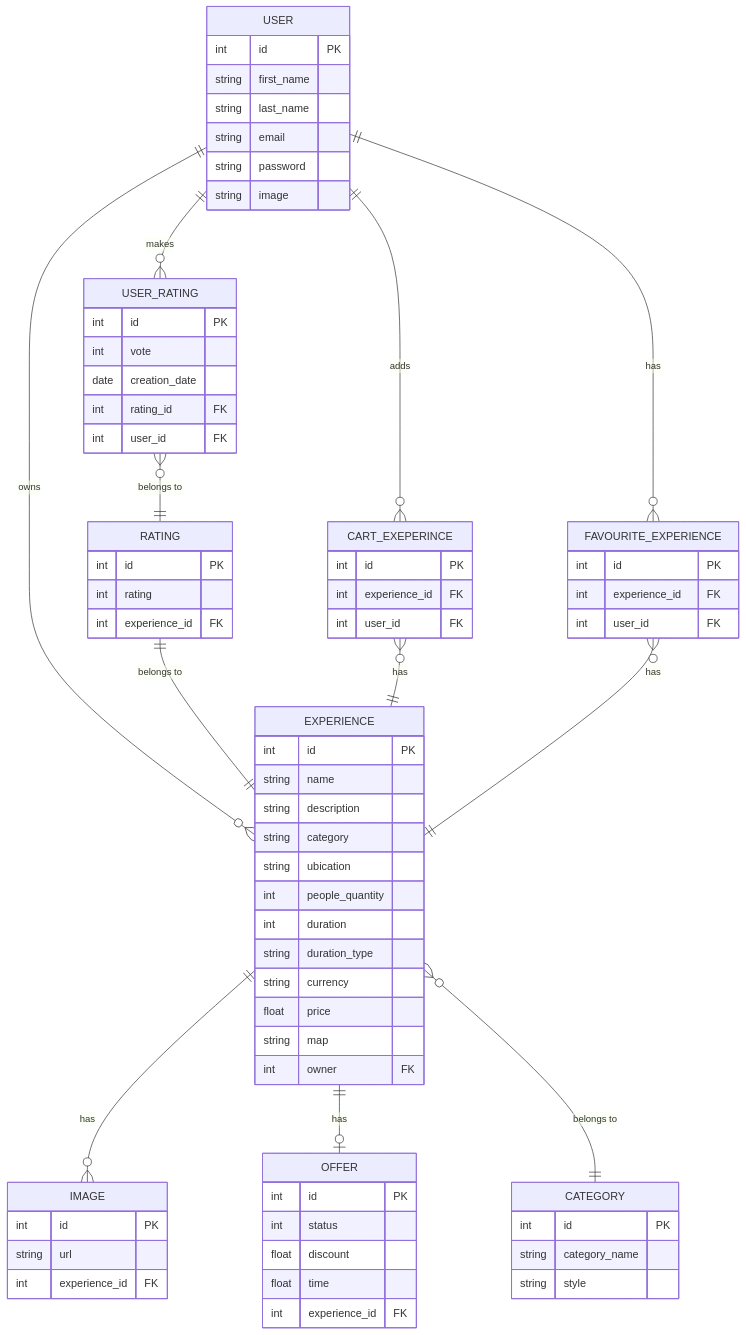
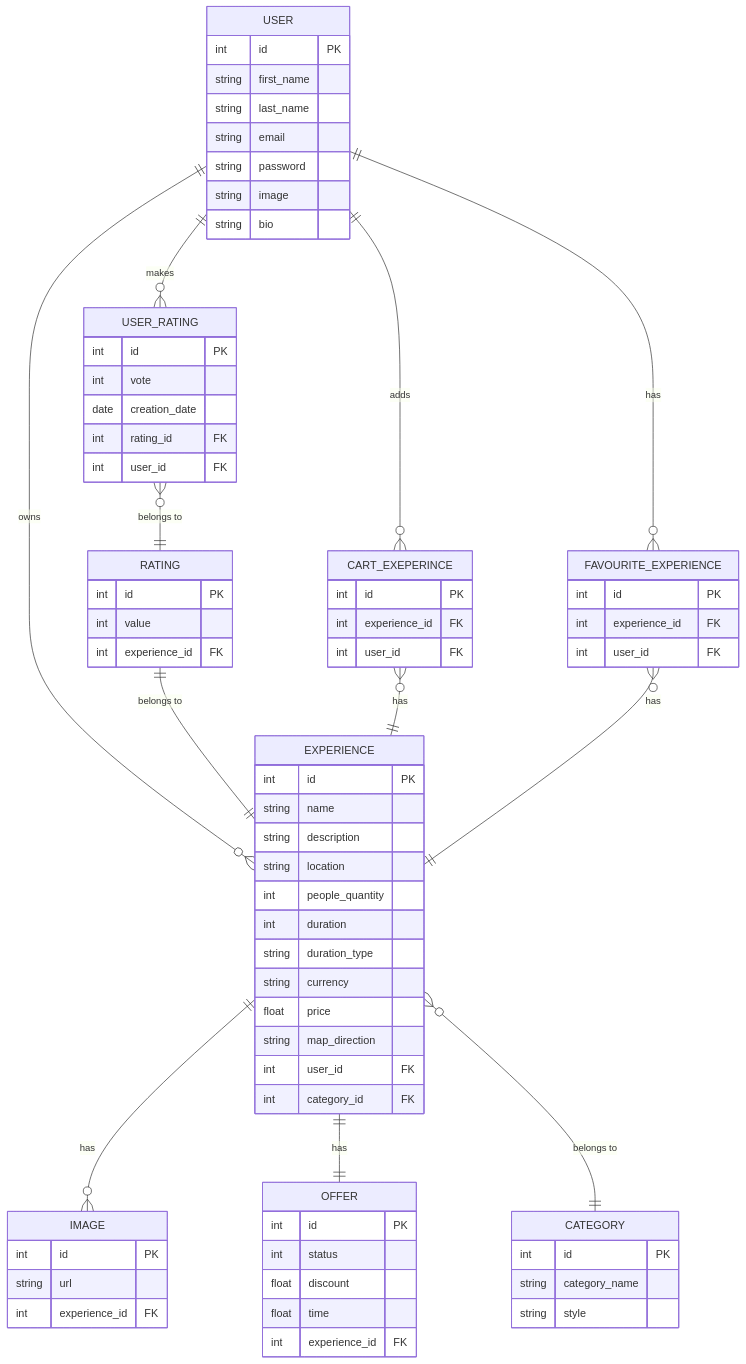
The diagram in README.md (gabrielTettamanti/grupo7GoodTrail), drawn with Mermaid before and after one commit. The commit also changed 1 other file, not shown here.

Commit message:
Corrigo algunas cosas del DER del README

````diff
--- a/README.md
+++ b/README.md
@@ -96,75 +96,76 @@
 ```mermaid
 erDiagram
     USER ||--o{ EXPERIENCE : owns
     USER ||--o{ FAVOURITE_EXPERIENCE : has
     USER ||--o{ USER_RATING : makes
     USER ||--o{ CART_EXEPERINCE : adds
     USER_RATING o{--|| RATING : "belongs to"
     USER_RATING {
         int id PK
         int vote
         date creation_date
         int rating_id FK
         int user_id FK
     }
     RATING ||--|| EXPERIENCE : "belongs to"
     RATING {
         int id PK
-        int rating 
+        int value 
         int experience_id FK 
     } 
     CART_EXEPERINCE o{--|| EXPERIENCE : has
     CART_EXEPERINCE {
         int id PK
         int experience_id FK
         int user_id FK
     }
     FAVOURITE_EXPERIENCE o{--|| EXPERIENCE : has
     FAVOURITE_EXPERIENCE {
         int id PK 
         int experience_id FK
         int user_id FK
     }
     EXPERIENCE ||--}o IMAGE : has
-    EXPERIENCE ||--o| OFFER : has
+    EXPERIENCE ||--|| OFFER : has
     EXPERIENCE o{--|| CATEGORY : "belongs to"
     EXPERIENCE {
         int id PK
         string name
         string description
-        string category
-        string ubication
+        string location
         int people_quantity
         int duration
         string duration_type
         string currency
         float price
-        string map
-        int owner FK
+        string map_direction
+        int user_id FK
+        int category_id FK
     }
     CATEGORY {
         int id PK
         string category_name
         string style
     }
     IMAGE {
         int id PK
         string url
         int experience_id FK
     }
     OFFER {
         int id PK
         int status
         float discount
         float time
         int experience_id FK
     }
     USER {
         int id PK
         string first_name
         string last_name
         string email
         string password
         string image
+        string bio
     }
 ```
````
